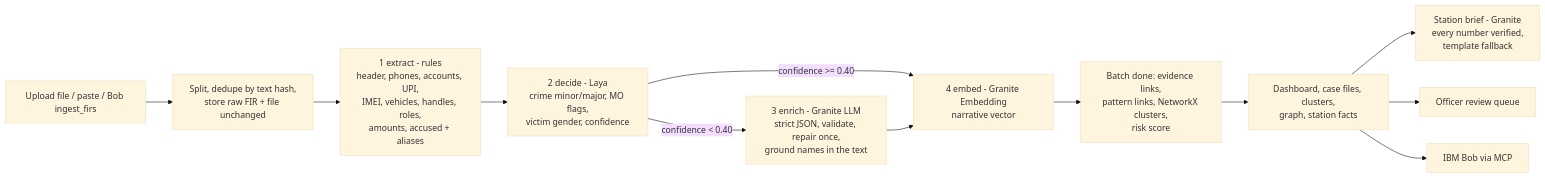
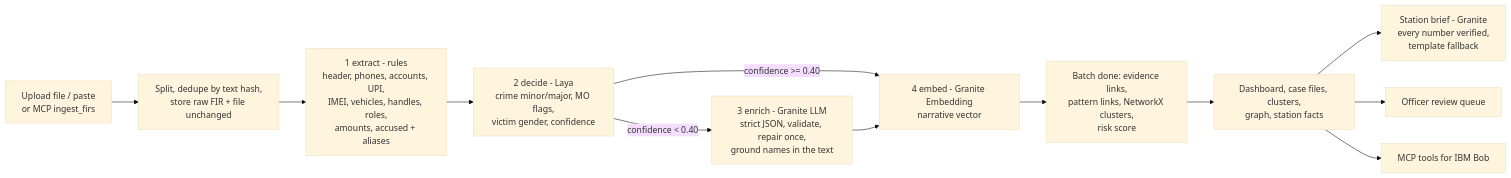
Before and after one commit to raj-patel-2608/bob-ai-hackathon-code-and-chaos: the second of 2 diagrams in docs/architecture.md, drawn with Mermaid (base theme). The commit also changed other lines of this file and 27 other files, not shown here.

First line of the commit message:
docs: describe the real architecture; verify MCP end-to-end; new screenshots and slides; graph auto-fit

````diff
--- a/docs/architecture.md
+++ b/docs/architecture.md
@@ -35,14 +38,14 @@
 ```mermaid
 flowchart LR
-    A[Upload file / paste / Bob ingest_firs] --> B[Split, dedupe by text hash,<br/>store raw FIR + file unchanged]
+    A[Upload file / paste<br/>or MCP ingest_firs] --> B[Split, dedupe by text hash,<br/>store raw FIR + file unchanged]
     B --> C[1 extract - rules<br/>header, phones, accounts, UPI,<br/>IMEI, vehicles, handles, roles,<br/>amounts, accused + aliases]
     C --> D[2 decide - Laya<br/>crime minor/major, MO flags,<br/>victim gender, confidence]
     D -->|confidence >= 0.40| F
     D -->|confidence < 0.40| E[3 enrich - Granite LLM<br/>strict JSON, validate, repair once,<br/>ground names in the text]
     E --> F[4 embed - Granite Embedding<br/>narrative vector]
     F --> G[Batch done: evidence links,<br/>pattern links, NetworkX clusters,<br/>risk score]
     G --> H[Dashboard, case files, clusters,<br/>graph, station facts]
     H --> I[Station brief - Granite<br/>every number verified,<br/>template fallback]
     H --> J[Officer review queue]
-    H --> K[IBM Bob via MCP]
+    H --> K[MCP tools for IBM Bob]
 ```
````
